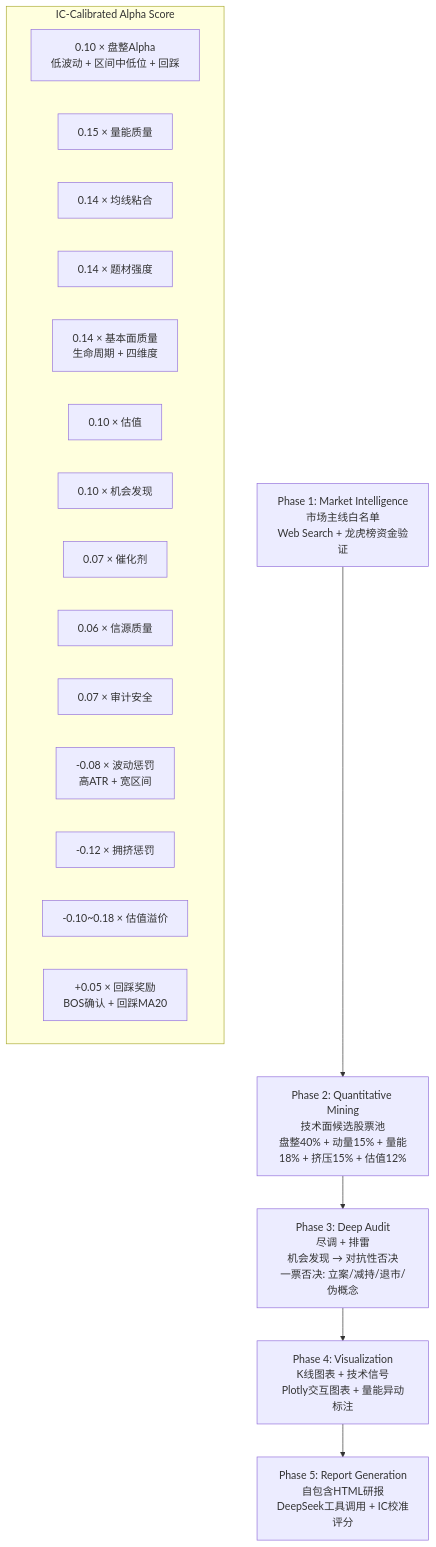
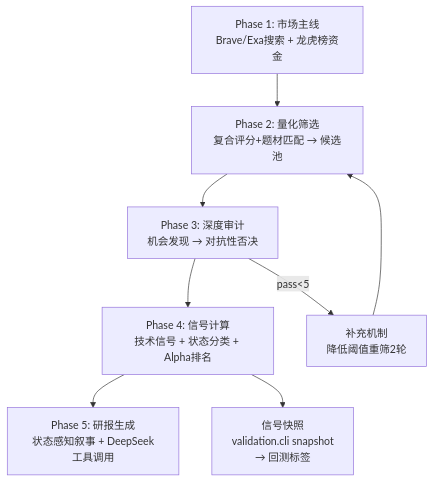
One commit to hb4ch/trend-agent changed the diagram in README.md. Above: the diagram before and after it, drawn with Mermaid. The commit also changed other lines of this file and 6 other files, not shown here.

````diff
--- a/README.md
+++ b/README.md
@@ -68,27 +38,15 @@
 ```mermaid
 flowchart TD
-    P1["Phase 1: Market Intelligence<br/>市场主线白名单<br/>Web Search + 龙虎榜资金验证"]
-    P2["Phase 2: Quantitative Mining<br/>技术面候选股票池<br/>盘整40% + 动量15% + 量能18% + 挤压15% + 估值12%"]
-    P3["Phase 3: Deep Audit<br/>尽调 + 排雷<br/>机会发现 → 对抗性否决<br/>一票否决: 立案/减持/退市/伪概念"]
-    P4["Phase 4: Visualization<br/>K线图表 + 技术信号<br/>Plotly交互图表 + 量能异动标注"]
-    P5["Phase 5: Report Generation<br/>自包含HTML研报<br/>DeepSeek工具调用 + IC校准评分"]
+    P1["Phase 1: 市场主线<br/>Brave/Exa搜索 + 龙虎榜资金"]
+    P2["Phase 2: 量化筛选<br/>复合评分+题材匹配 → 候选池"]
+    P3["Phase 3: 深度审计<br/>机会发现 → 对抗性否决"]
+    P4["Phase 4: 信号计算<br/>技术信号 + 状态分类 + Alpha排名"]
+    P5["Phase 5: 研报生成<br/>状态感知叙事 + DeepSeek工具调用"]
 
     P1 --> P2 --> P3 --> P4 --> P5
 
-    subgraph "IC-Calibrated Alpha Score"
-        CA["0.10 × 盘整Alpha<br/>低波动 + 区间中低位 + 回踩"]
-        VQ["0.15 × 量能质量"]
-        MC["0.14 × 均线粘合"]
-        TS["0.14 × 题材强度"]
-        FQ["0.14 × 基本面质量<br/>生命周期 + 四维度"]
-        VA["0.10 × 估值"]
-        FS["0.10 × 机会发现"]
-        CS["0.07 × 催化剂"]
-        SQ["0.06 × 信源质量"]
-        AS["0.07 × 审计安全"]
-        VP["-0.08 × 波动惩罚<br/>高ATR + 宽区间"]
-        OP["-0.12 × 拥挤惩罚"]
-        VS["-0.10~0.18 × 估值溢价"]
-        PR["+0.05 × 回踩奖励<br/>BOS确认 + 回踩MA20"]
-    end
+    P3 -->|pass<5| R["补充机制<br/>降低阈值重筛2轮"]
+    R --> P2
+
+    P4 --> S["信号快照<br/>validation.cli snapshot<br/>→ 回测标签"]
 ```
````
